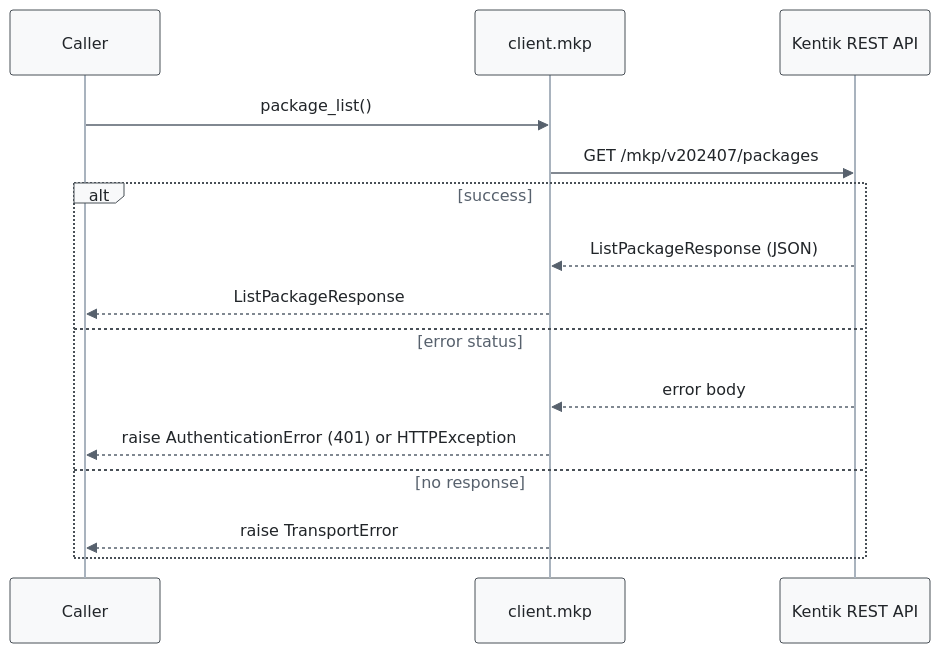
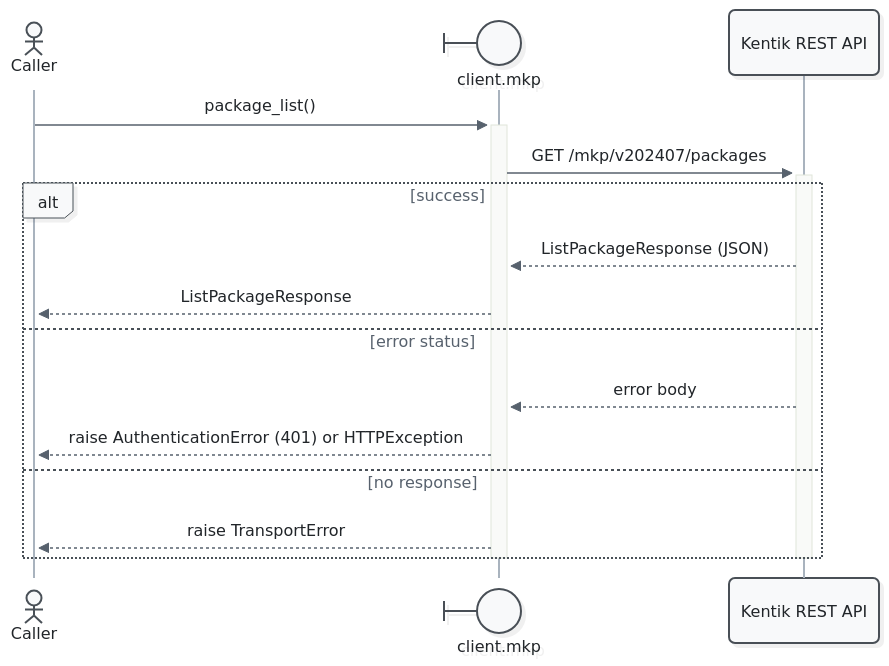
One commit to alexdearaujo/community_sdk_python changed the first of 29 diagrams in docs/sphinx/services/mkp.md. Above: the diagram before and after it, drawn with Mermaid. The commit also changed other lines of this file and 52 other files, not shown here.

First line of the commit message:
docs: Mermaid 12 sequence diagrams with participant types and path colors

````diff
--- a/docs/sphinx/services/mkp.md
+++ b/docs/sphinx/services/mkp.md
@@ -35,19 +35,21 @@
 ```mermaid
-%%{init: {"theme": "base", "fontFamily": "ui-monospace, SFMono-Regular, Menlo, monospace", "themeVariables": {"fontFamily": "ui-monospace, SFMono-Regular, Menlo, monospace", "primaryColor": "#f8f9fa", "primaryBorderColor": "#495057", "primaryTextColor": "#212529", "textColor": "#212529", "lineColor": "#77818c", "edgeLabelBackground": "#ffffff", "actorBkg": "#f8f9fa", "actorBorder": "#495057", "actorTextColor": "#212529", "actorLineColor": "#a9b3be", "signalColor": "#57616d", "signalTextColor": "#212529", "labelBoxBkgColor": "#f8f9fa", "labelBoxBorderColor": "#495057", "labelTextColor": "#212529", "loopTextColor": "#57616d", "noteBkgColor": "#fff9db", "noteBorderColor": "#f08c00", "noteTextColor": "#a35a00"}, "flowchart": {"curve": "step", "nodeSpacing": 30, "rankSpacing": 70, "wrappingWidth": 400}}}%%
+%%{init: {"theme": "redux", "look": "neo", "layout": "dagre", "fontFamily": "ui-monospace, SFMono-Regular, Menlo, monospace", "themeVariables": {"fontFamily": "ui-monospace, SFMono-Regular, Menlo, monospace", "primaryColor": "#f8f9fa", "primaryBorderColor": "#495057", "primaryTextColor": "#212529", "textColor": "#212529", "lineColor": "#77818c", "edgeLabelBackground": "#ffffff", "actorBkg": "#f8f9fa", "actorBorder": "#495057", "actorTextColor": "#212529", "actorLineColor": "#a9b3be", "signalColor": "#57616d", "signalTextColor": "#212529", "labelBoxBkgColor": "#f8f9fa", "labelBoxBorderColor": "#495057", "labelTextColor": "#212529", "loopTextColor": "#57616d", "noteBkgColor": "#fff9db", "noteBorderColor": "#f08c00", "noteTextColor": "#a35a00"}, "sequence": {"activationWidth": 16}, "flowchart": {"curve": "step", "nodeSpacing": 30, "rankSpacing": 70, "wrappingWidth": 400}}}%%
 sequenceDiagram
-    participant C as Caller
-    participant W as client.mkp
+    actor C as Caller
+    participant W@{ "type": "boundary" } as client.mkp
     participant API as Kentik REST API
 
-    C->>W: package_list()
-    W->>API: GET /mkp/v202407/packages
+    C->>+W: package_list()
+    W->>+API: GET /mkp/v202407/packages
     alt success
         API-->>W: ListPackageResponse (JSON)
         W-->>C: ListPackageResponse
     else error status
         API-->>W: error body
         W-->>C: raise AuthenticationError (401) or HTTPException
     else no response
         W-->>C: raise TransportError
     end
+    deactivate API
+    deactivate W
 ```
````
